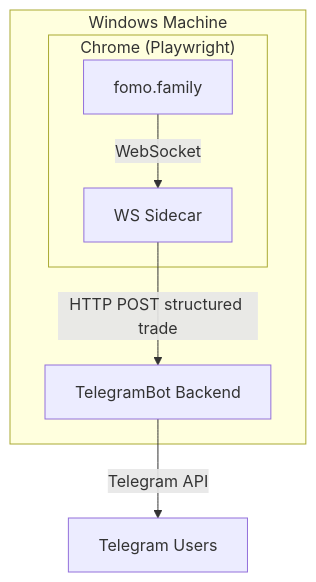
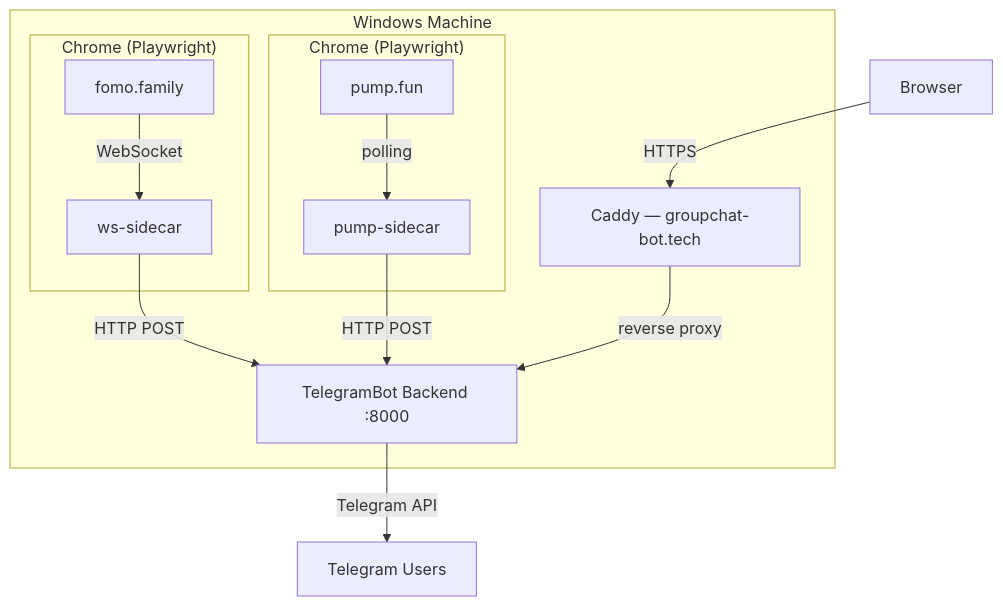
Before and after one commit to jfferreira97/fomofaster-ws: the diagram in README.md, drawn with Mermaid. The commit also changed other lines of this file, not shown here.

````diff
--- a/README.md
+++ b/README.md
@@ -7,10 +7,16 @@
 ```mermaid
 flowchart TB
     subgraph Windows["Windows Machine"]
-        subgraph Chrome["Chrome (Playwright)"]
-            FOMO["fomo.family"] -->|WebSocket| Sidecar["WS Sidecar"]
+        subgraph ChromeWS["Chrome (Playwright)"]
+            FOMO["fomo.family"] -->|WebSocket| WsSidecar["ws-sidecar"]
         end
-        Sidecar -->|HTTP POST structured trade| Backend["TelegramBot Backend"]
+        subgraph ChromePump["Chrome (Playwright)"]
+            Pump["pump.fun"] -->|polling| PumpSidecar["pump-sidecar"]
+        end
+        WsSidecar -->|HTTP POST| Backend["TelegramBot Backend :8000"]
+        PumpSidecar -->|HTTP POST| Backend
+        Caddy["Caddy — groupchat-bot.tech"] -->|reverse proxy| Backend
     end
     Backend -->|Telegram API| Telegram["Telegram Users"]
+    Browser["Browser"] -->|HTTPS| Caddy
 ```
````
